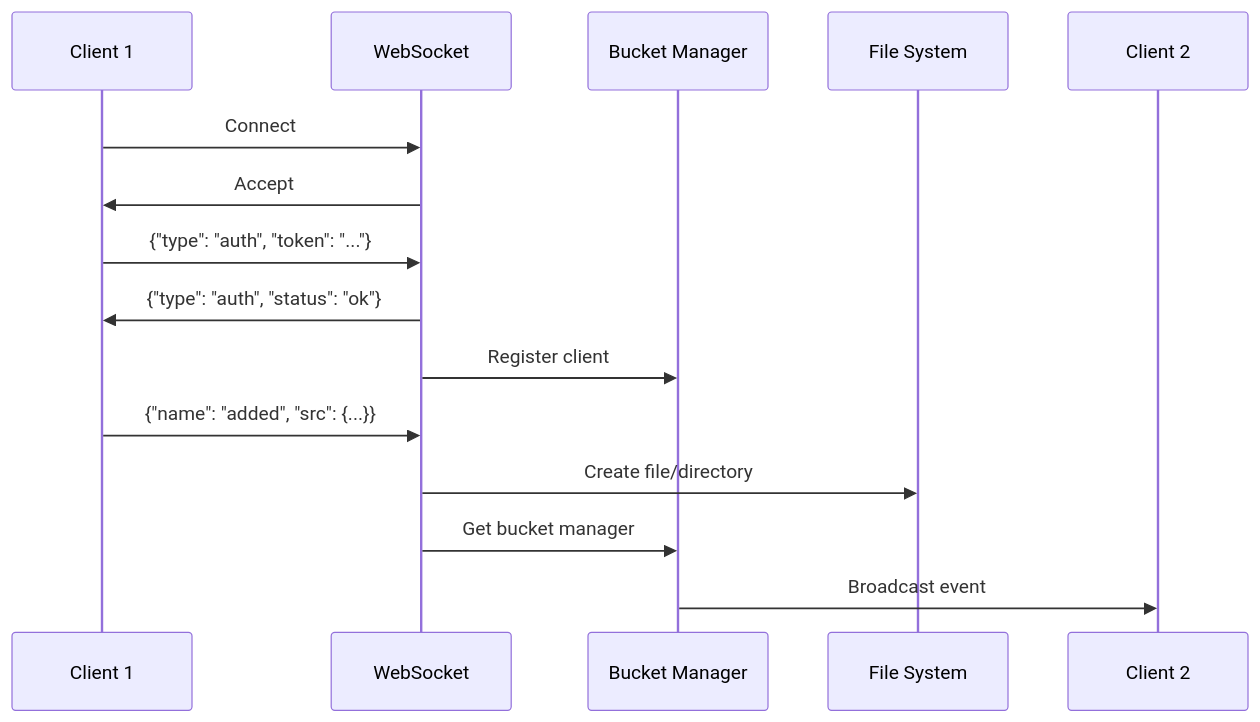
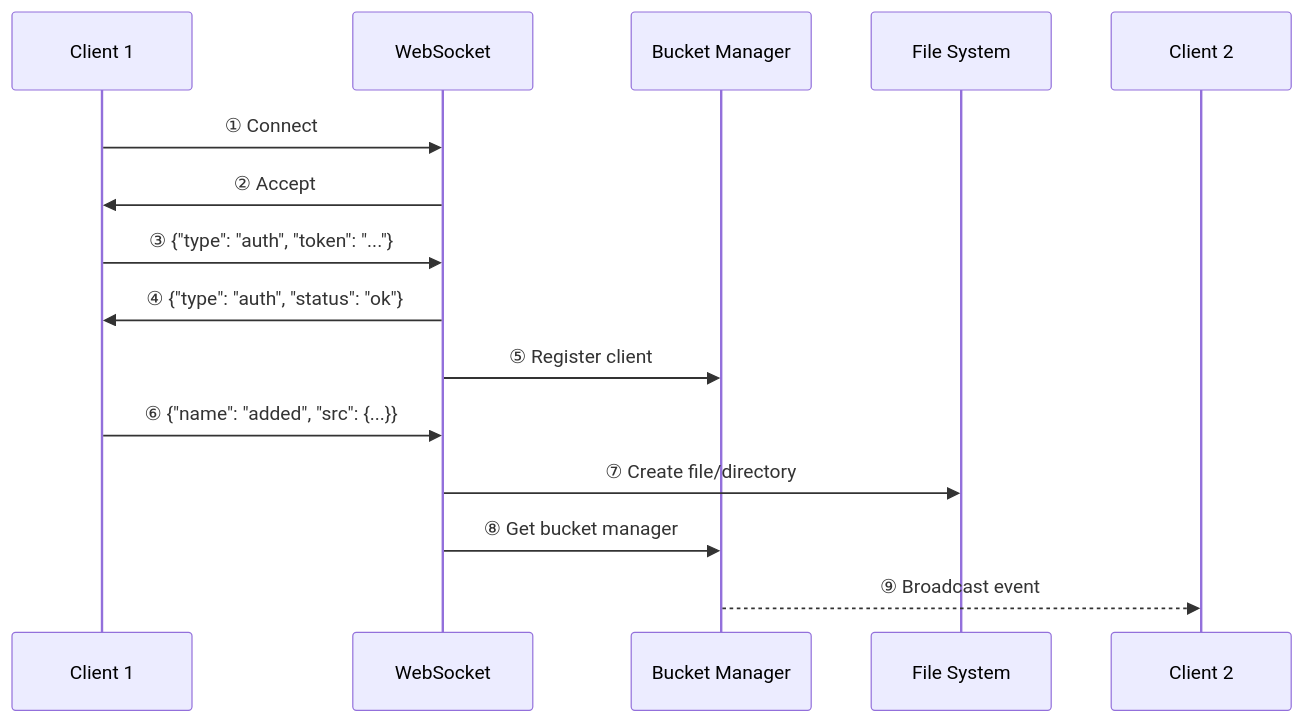
Before and after one commit to albertsdk/hsync-server: the fourth of 4 diagrams in docs/architecture.md, drawn with Mermaid. The commit also changed other lines of this file and 17 other files, not shown here.

First line of the commit message:
Add numbered phases to documentation diagrams

````diff
--- a/docs/architecture.md
+++ b/docs/architecture.md
@@ -143,19 +143,19 @@
 ```mermaid
 sequenceDiagram
     participant C1 as Client 1
     participant WS as WebSocket
     participant BCM as Bucket Manager
     participant FS as File System
     participant C2 as Client 2
 
-    C1->>WS: Connect
-    WS->>C1: Accept
-    C1->>WS: {"type": "auth", "token": "..."}
-    WS->>C1: {"type": "auth", "status": "ok"}
-    WS->>BCM: Register client
+    C1->>WS: ① Connect
+    WS->>C1: ② Accept
+    C1->>WS: ③ {"type": "auth", "token": "..."}
+    WS->>C1: ④ {"type": "auth", "status": "ok"}
+    WS->>BCM: ⑤ Register client
 
-    C1->>WS: {"name": "added", "src": {...}}
-    WS->>FS: Create file/directory
-    WS->>BCM: Get bucket manager
-    BCM->>C2: Broadcast event
+    C1->>WS: ⑥ {"name": "added", "src": {...}}
+    WS->>FS: ⑦ Create file/directory
+    WS->>BCM: ⑧ Get bucket manager
+    BCM-->>C2: ⑨ Broadcast event
 ```
````
